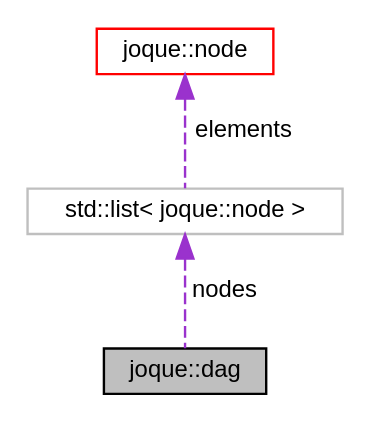
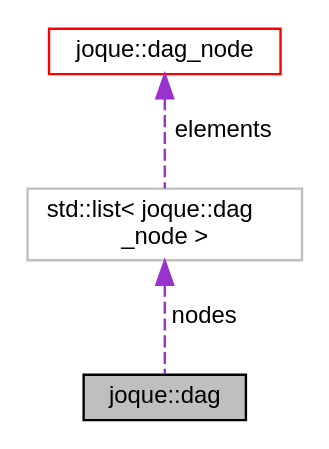
The diagram in structjoque_1_1dag__coll__graph.dot (koniarik/joque), drawn with Graphviz before and after one commit. The commit also changed 201 other files, not shown here.

```diff
--- a/structjoque_1_1dag__coll__graph.dot
+++ b/structjoque_1_1dag__coll__graph.dot
@@ -1,11 +1,11 @@
 digraph "joque::dag"
 {
  // LATEX_PDF_SIZE
   edge [fontname="Helvetica",fontsize="10",labelfontname="Helvetica",labelfontsize="10"];
   node [fontname="Helvetica",fontsize="10",shape=record];
   Node1 [label="joque::dag",height=0.2,width=0.4,color="black", fillcolor="grey75", style="filled", fontcolor="black",tooltip="DAG used to store data in single execution of tasks."];
   Node2 -> Node1 [dir="back",color="darkorchid3",fontsize="10",style="dashed",label=" nodes" ,fontname="Helvetica"];
-  Node2 [label="std::list\< joque::node \>",height=0.2,width=0.4,color="grey75", fillcolor="white", style="filled",tooltip=" "];
+  Node2 [label="std::list\< joque::dag\l_node \>",height=0.2,width=0.4,color="grey75", fillcolor="white", style="filled",tooltip=" "];
   Node3 -> Node2 [dir="back",color="darkorchid3",fontsize="10",style="dashed",label=" elements" ,fontname="Helvetica"];
-  Node3 [label="joque::node",height=0.2,width=0.4,color="red", fillcolor="white", style="filled",URL="$namespacejoque.html#structjoque_1_1node",tooltip="Node representing all execution-related information for one task."];
+  Node3 [label="joque::dag_node",height=0.2,width=0.4,color="red", fillcolor="white", style="filled",URL="$namespacejoque.html#structjoque_1_1dag__node",tooltip="Node representing all execution-related information for one task."];
 }
```
